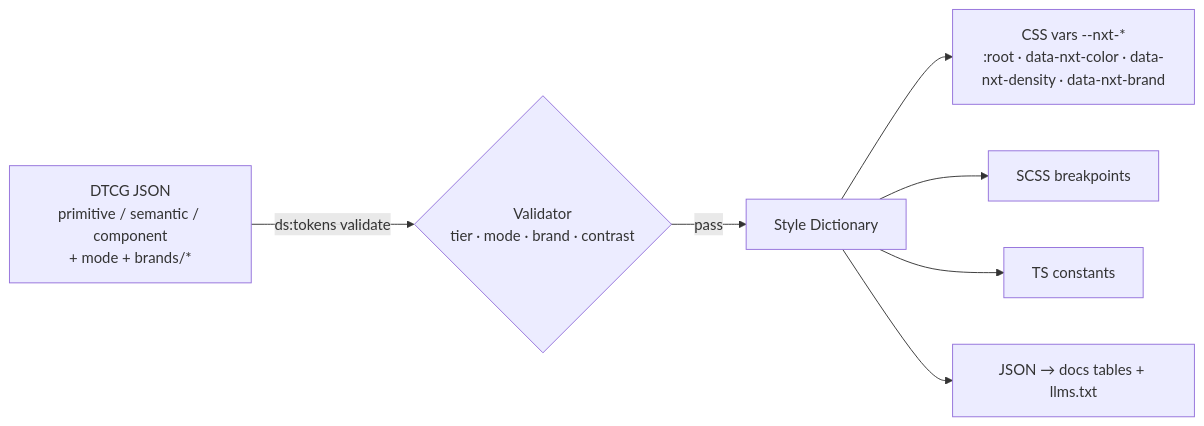
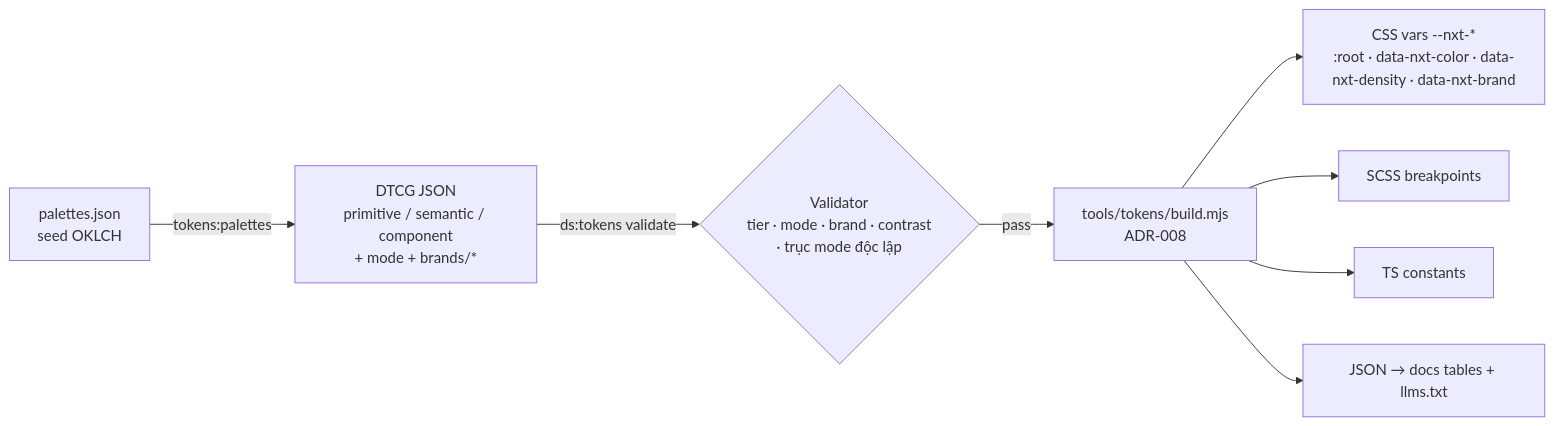
Before and after one commit to xuantruongnguyen230300-gif/DesignSystem: the first of 2 diagrams in docs/PLAN.md, drawn with Mermaid. The commit also changed other lines of this file and 101 other files, not shown here.

````diff
--- a/docs/PLAN.md
+++ b/docs/PLAN.md
@@ -80,9 +102,10 @@
 ```mermaid
 flowchart LR
-  A[DTCG JSON<br/>primitive / semantic / component<br/>+ mode + brands/*] -->|ds:tokens validate| B{Validator<br/>tier · mode · brand · contrast}
-  B -->|pass| C[Style Dictionary]
+  S[palettes.json<br/>seed OKLCH] -->|tokens:palettes| A
+  A[DTCG JSON<br/>primitive / semantic / component<br/>+ mode + brands/*] -->|ds:tokens validate| B{Validator<br/>tier · mode · brand · contrast<br/>· trục mode độc lập}
+  B -->|pass| C[tools/tokens/build.mjs<br/>ADR-008]
   C --> D[CSS vars --nxt-*<br/>:root · data-nxt-color · data-nxt-density · data-nxt-brand]
   C --> E[SCSS breakpoints]
   C --> F[TS constants]
   C --> G[JSON → docs tables + llms.txt]
 ```
````
